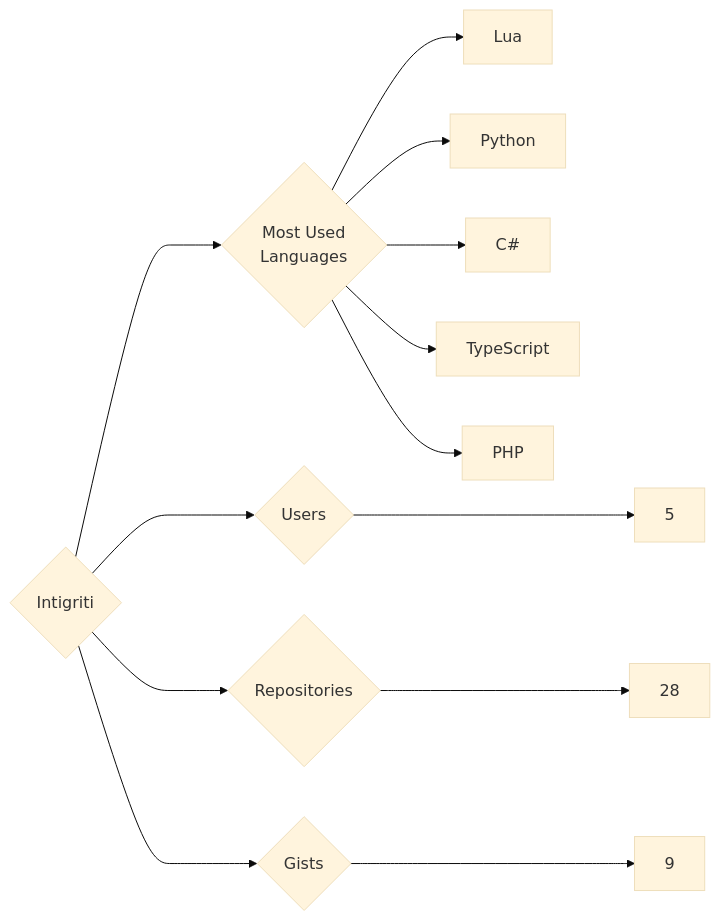
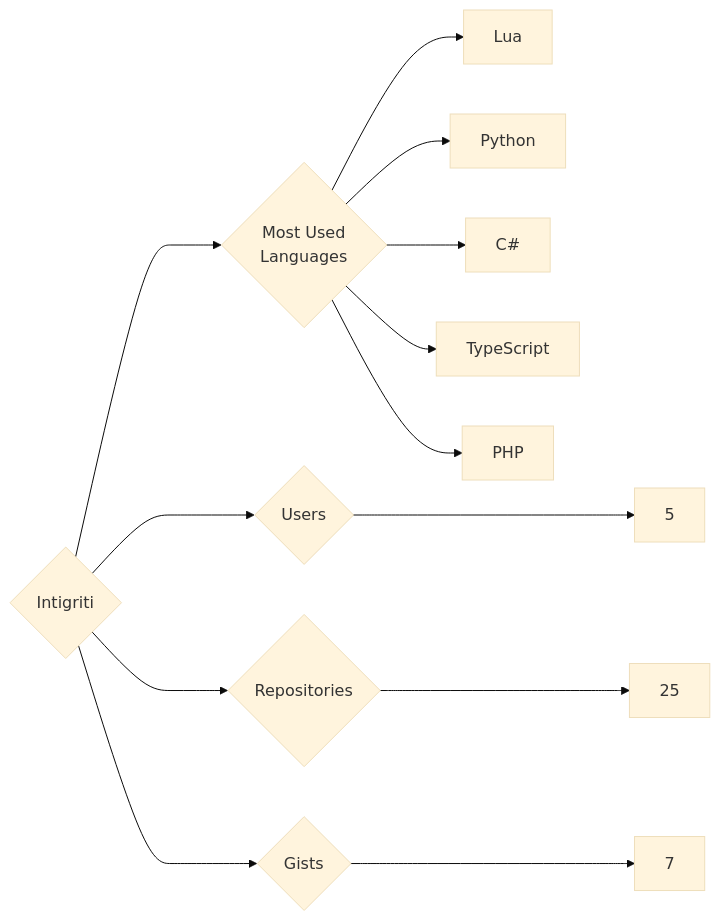
One commit to trickest/insiders changed the diagram in targets/Intigriti/README.md. Above: the diagram before and after it, drawn with Mermaid (base theme). The commit also changed 1055 other files, not shown here.

````diff
--- a/targets/Intigriti/README.md
+++ b/targets/Intigriti/README.md
@@ -3,13 +3,13 @@
 ```mermaid
 graph LR
 COMPANY_NAME{Intigriti}
 COMPANY_NAME ---> U{Users} ---> UN[5]
-COMPANY_NAME ---> R{Repositories} ---> RN[28]
-COMPANY_NAME ---> G{Gists} ---> GN[9]
+COMPANY_NAME ---> R{Repositories} ---> RN[25]
+COMPANY_NAME ---> G{Gists} ---> GN[7]
 COMPANY_NAME ---> ML{Most Used<br>Languages}
 ML --> Lua[Lua]
 ML --> Python[Python]
 ML --> C#[C#]
 ML --> TypeScript[TypeScript]
 ML --> PHP[PHP]
 ```
````
